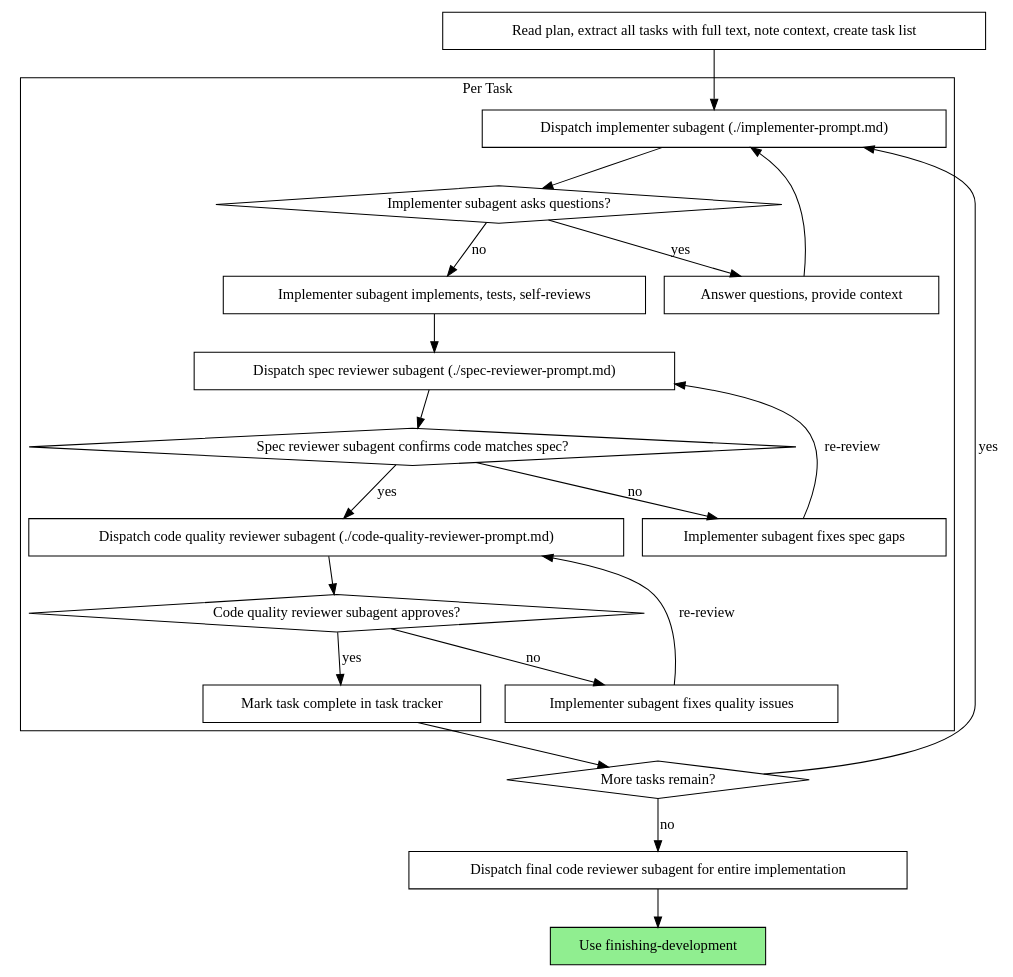
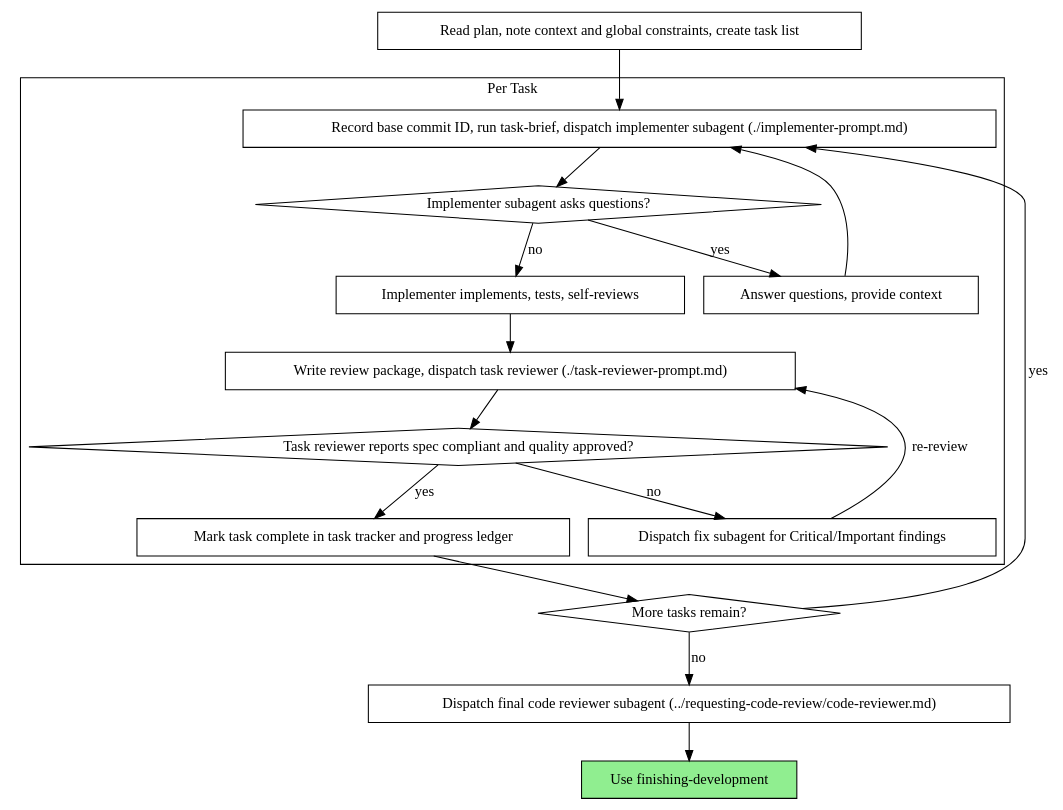
One commit to j10t-dev/1337-skills changed the second of 2 diagrams in skills/subagent-driven-development/SKILL.md. Above: the diagram before and after it, drawn with Graphviz. The commit also changed other lines of this file and 31 other files, not shown here.

````diff
--- a/skills/subagent-driven-development/SKILL.md
+++ b/skills/subagent-driven-development/SKILL.md
@@ -48,44 +48,37 @@
 ```dot
 digraph process {
     rankdir=TB;
 
     subgraph cluster_per_task {
         label="Per Task";
-        "Dispatch implementer subagent (./implementer-prompt.md)" [shape=box];
+        "Record base commit ID, run task-brief, dispatch implementer subagent (./implementer-prompt.md)" [shape=box];
         "Implementer subagent asks questions?" [shape=diamond];
         "Answer questions, provide context" [shape=box];
-        "Implementer subagent implements, tests, self-reviews" [shape=box];
-        "Dispatch spec reviewer subagent (./spec-reviewer-prompt.md)" [shape=box];
-        "Spec reviewer subagent confirms code matches spec?" [shape=diamond];
-        "Implementer subagent fixes spec gaps" [shape=box];
-        "Dispatch code quality reviewer subagent (./code-quality-reviewer-prompt.md)" [shape=box];
-        "Code quality reviewer subagent approves?" [shape=diamond];
-        "Implementer subagent fixes quality issues" [shape=box];
-        "Mark task complete in task tracker" [shape=box];
+        "Implementer implements, tests, self-reviews" [shape=box];
+        "Write review package, dispatch task reviewer (./task-reviewer-prompt.md)" [shape=box];
+        "Task reviewer reports spec compliant and quality approved?" [shape=diamond];
+        "Dispatch fix subagent for Critical/Important findings" [shape=box];
+        "Mark task complete in task tracker and progress ledger" [shape=box];
     }
 
-    "Read plan, extract all tasks with full text, note context, create task list" [shape=box];
+    "Read plan, note context and global constraints, create task list" [shape=box];
     "More tasks remain?" [shape=diamond];
-    "Dispatch final code reviewer subagent for entire implementation" [shape=box];
+    "Dispatch final code reviewer subagent (../requesting-code-review/code-reviewer.md)" [shape=box];
     "Use finishing-development" [shape=box style=filled fillcolor=lightgreen];
 
-    "Read plan, extract all tasks with full text, note context, create task list" -> "Dispatch implementer subagent (./implementer-prompt.md)";
-    "Dispatch implementer subagent (./implementer-prompt.md)" -> "Implementer subagent asks questions?";
+    "Read plan, note context and global constraints, create task list" -> "Record base commit ID, run task-brief, dispatch implementer subagent (./implementer-prompt.md)";
+    "Record base commit ID, run task-brief, dispatch implementer subagent (./implementer-prompt.md)" -> "Implementer subagent asks questions?";
     "Implementer subagent asks questions?" -> "Answer questions, provide context" [label="yes"];
-    "Answer questions, provide context" -> "Dispatch implementer subagent (./implementer-prompt.md)";
-    "Implementer subagent asks questions?" -> "Implementer subagent implements, tests, self-reviews" [label="no"];
-    "Implementer subagent implements, tests, self-reviews" -> "Dispatch spec reviewer subagent (./spec-reviewer-prompt.md)";
-    "Dispatch spec reviewer subagent (./spec-reviewer-prompt.md)" -> "Spec reviewer subagent confirms code matches spec?";
-    "Spec reviewer subagent confirms code matches spec?" -> "Implementer subagent fixes spec gaps" [label="no"];
-    "Implementer subagent fixes spec gaps" -> "Dispatch spec reviewer subagent (./spec-reviewer-prompt.md)" [label="re-review"];
-    "Spec reviewer subagent confirms code matches spec?" -> "Dispatch code quality reviewer subagent (./code-quality-reviewer-prompt.md)" [label="yes"];
-    "Dispatch code quality reviewer subagent (./code-quality-reviewer-prompt.md)" -> "Code quality reviewer subagent approves?";
-    "Code quality reviewer subagent approves?" -> "Implementer subagent fixes quality issues" [label="no"];
-    "Implementer subagent fixes quality issues" -> "Dispatch code quality reviewer subagent (./code-quality-reviewer-prompt.md)" [label="re-review"];
-    "Code quality reviewer subagent approves?" -> "Mark task complete in task tracker" [label="yes"];
-    "Mark task complete in task tracker" -> "More tasks remain?";
-    "More tasks remain?" -> "Dispatch implementer subagent (./implementer-prompt.md)" [label="yes"];
-    "More tasks remain?" -> "Dispatch final code reviewer subagent for entire implementation" [label="no"];
-    "Dispatch final code reviewer subagent for entire implementation" -> "Use finishing-development";
+    "Answer questions, provide context" -> "Record base commit ID, run task-brief, dispatch implementer subagent (./implementer-prompt.md)";
+    "Implementer subagent asks questions?" -> "Implementer implements, tests, self-reviews" [label="no"];
+    "Implementer implements, tests, self-reviews" -> "Write review package, dispatch task reviewer (./task-reviewer-prompt.md)";
+    "Write review package, dispatch task reviewer (./task-reviewer-prompt.md)" -> "Task reviewer reports spec compliant and quality approved?";
+    "Task reviewer reports spec compliant and quality approved?" -> "Dispatch fix subagent for Critical/Important findings" [label="no"];
+    "Dispatch fix subagent for Critical/Important findings" -> "Write review package, dispatch task reviewer (./task-reviewer-prompt.md)" [label="re-review"];
+    "Task reviewer reports spec compliant and quality approved?" -> "Mark task complete in task tracker and progress ledger" [label="yes"];
+    "Mark task complete in task tracker and progress ledger" -> "More tasks remain?";
+    "More tasks remain?" -> "Record base commit ID, run task-brief, dispatch implementer subagent (./implementer-prompt.md)" [label="yes"];
+    "More tasks remain?" -> "Dispatch final code reviewer subagent (../requesting-code-review/code-reviewer.md)" [label="no"];
+    "Dispatch final code reviewer subagent (../requesting-code-review/code-reviewer.md)" -> "Use finishing-development";
 }
 ```
````
